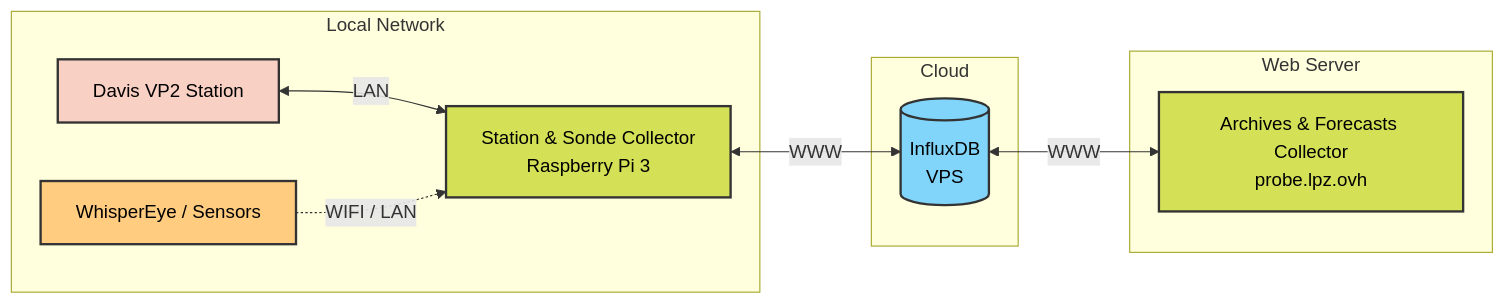
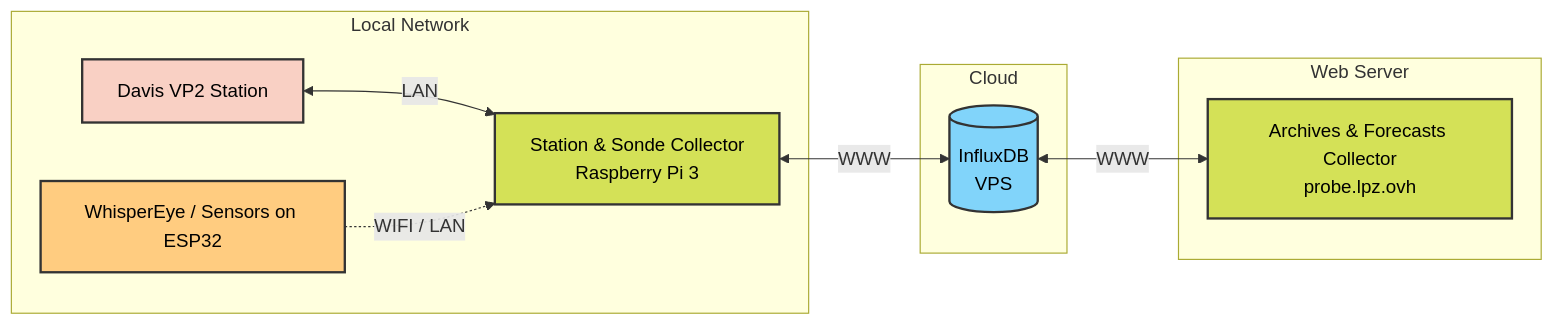
Before and after one commit to sctfic/Probe2: the diagram in README.md, drawn with Mermaid.

````diff
--- a/README.md
+++ b/README.md
@@ -15,25 +15,25 @@
 ```mermaid
 graph LR
     subgraph Local Network
         VP2[Davis VP2 Station] <-->|LAN| RPI[Station & Sonde Collector<br/>Raspberry Pi 3]
-        WE[WhisperEye / Sensors] -.->|WIFI / LAN| RPI
+        WE[WhisperEye / Sensors on ESP32] -.->|WIFI / LAN| RPI
     end
     
     subgraph Cloud
         RPI <-->|WWW| DB[(InfluxDB<br/>VPS)]
     end
     
     subgraph Web Server
         DB <-->|WWW| WEB[Archives & Forecasts Collector<br/>probe.lpz.ovh]
     end
 
     classDef hw fill:#f9d0c4,stroke:#333,stroke-width:2px,color:#000;
     classDef compute fill:#d4e157,stroke:#333,stroke-width:2px,color:#000;
     classDef db fill:#81d4fa,stroke:#333,stroke-width:2px,color:#000;
     classDef sensor fill:#ffcc80,stroke:#333,stroke-width:2px,color:#000;
     
     class VP2 hw;
     class WE sensor;
     class RPI,WEB compute;
     class DB db;
 ```
````
